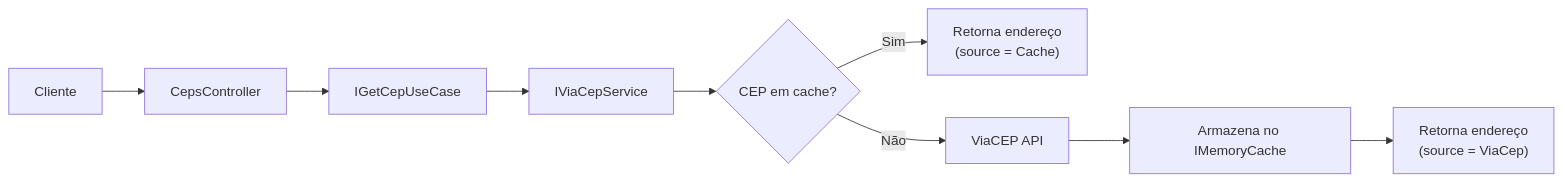
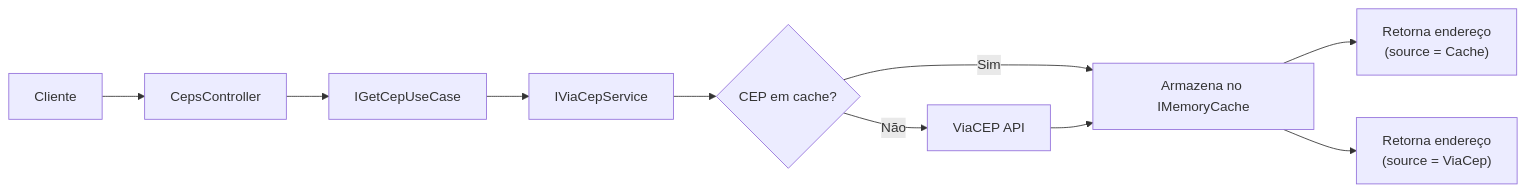
Before and after one commit to KelvinRian/find-cep: the diagram in README.md, drawn with Mermaid.

Commit message:
Refine cache handling in README diagram
Updated the flow diagram to clarify cache usage.

````diff
--- a/README.md
+++ b/README.md
@@ -15,14 +15,14 @@
 ```mermaid
 flowchart LR
     Client["Cliente"] --> Controller["CepsController"]
     Controller --> UseCase["IGetCepUseCase"]
     UseCase --> Service["IViaCepService"]
 
     Service --> Cache{"CEP em cache?"}
-
-    Cache -- Sim --> Response["Retorna endereço<br/>(source = Cache)"]
+    Cache -- Sim --> SaveCache["Armazena no IMemoryCache"] 
+    SaveCache --> Response["Retorna endereço<br/>(source = Cache)"] 
 
     Cache -- Não --> ViaCep["ViaCEP API"]
     ViaCep --> SaveCache["Armazena no IMemoryCache"]
     SaveCache --> Response2["Retorna endereço<br/>(source = ViaCep)"]
 ```
````
